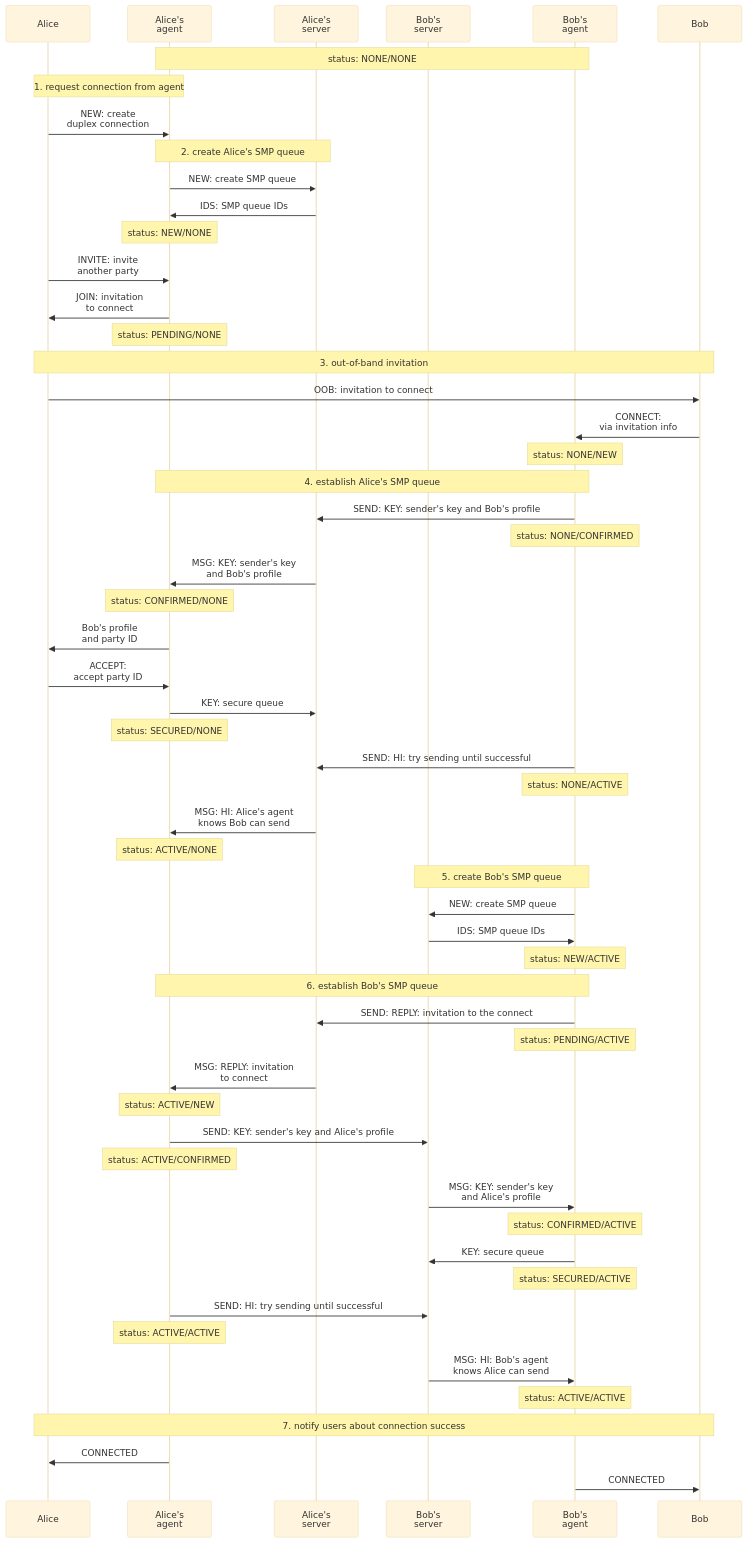
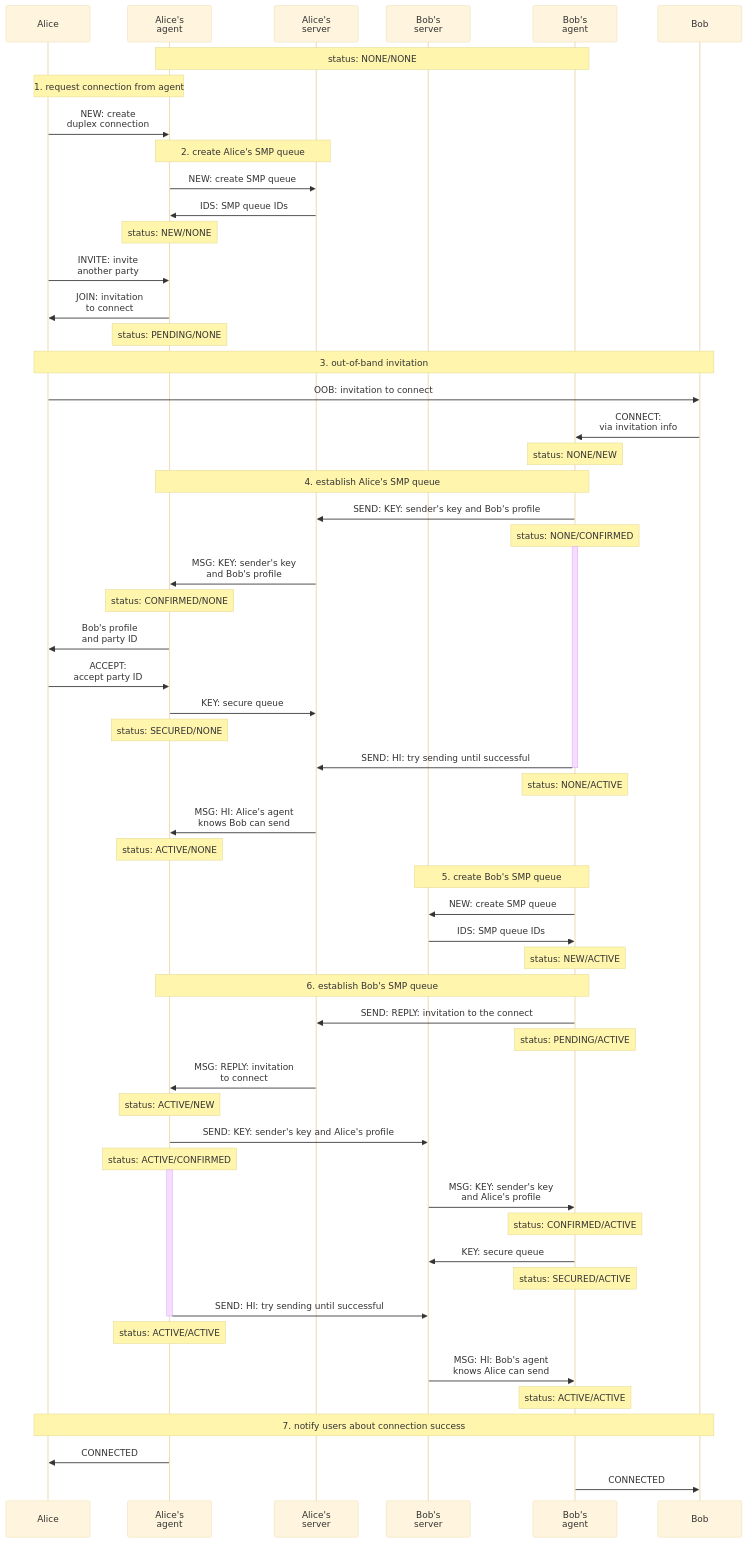
The diagram in diagrams/duplex-messaging/duplex-creating.mmd (simplex-chat/simplex-chat), drawn with Mermaid (base theme) before and after one commit. The commit also changed 1 other file, not shown here.

Commit message:
add "try sending" periods to duplex diagram

```diff
--- a/diagrams/duplex-messaging/duplex-creating.mmd
+++ b/diagrams/duplex-messaging/duplex-creating.mmd
@@ -1,68 +1,72 @@
 sequenceDiagram
   participant A as Alice
   participant AA as Alice's<br>agent
   participant AS as Alice's<br>server
   participant BS as Bob's<br>server
   participant BA as Bob's<br>agent
   participant B as Bob
 
   note over AA, BA: status: NONE/NONE
 
   note over A, AA: 1. request connection from agent
   A ->> AA: NEW: create<br>duplex connection
  
   note over AA, AS: 2. create Alice's SMP queue
   AA ->> AS: NEW: create SMP queue
   AS ->> AA: IDS: SMP queue IDs
   note over AA: status: NEW/NONE
 
   A ->> AA: INVITE: invite<br>another party
   AA ->> A: JOIN: invitation<br>to connect
   note over AA: status: PENDING/NONE
 
   note over A, B: 3. out-of-band invitation
   A ->> B: OOB: invitation to connect
   B ->> BA: CONNECT:<br>via invitation info
   note over BA: status: NONE/NEW
 
   note over BA, AA: 4. establish Alice's SMP queue
   BA ->> AS: SEND: KEY: sender's key and Bob's profile
   note over BA: status: NONE/CONFIRMED
+  activate BA
   AS ->> AA: MSG: KEY: sender's key<br>and Bob's profile
   note over AA: status: CONFIRMED/NONE
   AA ->> A: Bob's profile<br>and party ID
   A ->> AA: ACCEPT:<br>accept party ID
   AA ->> AS: KEY: secure queue
   note over AA: status: SECURED/NONE
 
   BA ->> AS: SEND: HI: try sending until successful
+  deactivate BA
   note over BA: status: NONE/ACTIVE
   AS ->> AA: MSG: HI: Alice's agent<br>knows Bob can send
   note over AA: status: ACTIVE/NONE
 
   note over BA, BS: 5. create Bob's SMP queue
   BA ->> BS: NEW: create SMP queue
   BS ->> BA: IDS: SMP queue IDs
   note over BA: status: NEW/ACTIVE
 
   note over AA, BA: 6. establish Bob's SMP queue
   BA ->> AS: SEND: REPLY: invitation to the connect
   note over BA: status: PENDING/ACTIVE
   AS ->> AA: MSG: REPLY: invitation<br>to connect
   note over AA: status: ACTIVE/NEW
 
   AA ->> BS: SEND: KEY: sender's key and Alice's profile
   note over AA: status: ACTIVE/CONFIRMED
+  activate AA
   BS ->> BA: MSG: KEY: sender's key<br>and Alice's profile
   note over BA: status: CONFIRMED/ACTIVE
   BA ->> BS: KEY: secure queue
   note over BA: status: SECURED/ACTIVE
 
   AA ->> BS: SEND: HI: try sending until successful
+  deactivate AA
   note over AA: status: ACTIVE/ACTIVE
   BS ->> BA: MSG: HI: Bob's agent<br>knows Alice can send
   note over BA: status: ACTIVE/ACTIVE
 
   note over A, B: 7. notify users about connection success
   AA ->> A: CONNECTED
   BA ->> B: CONNECTED
```
